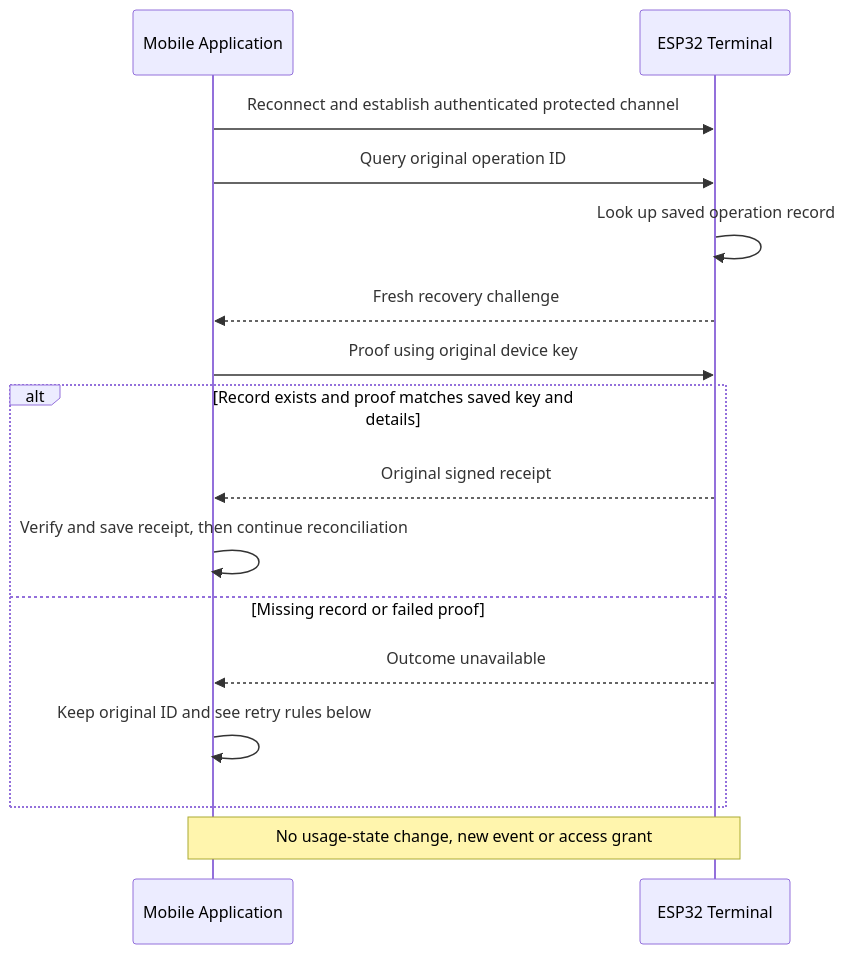
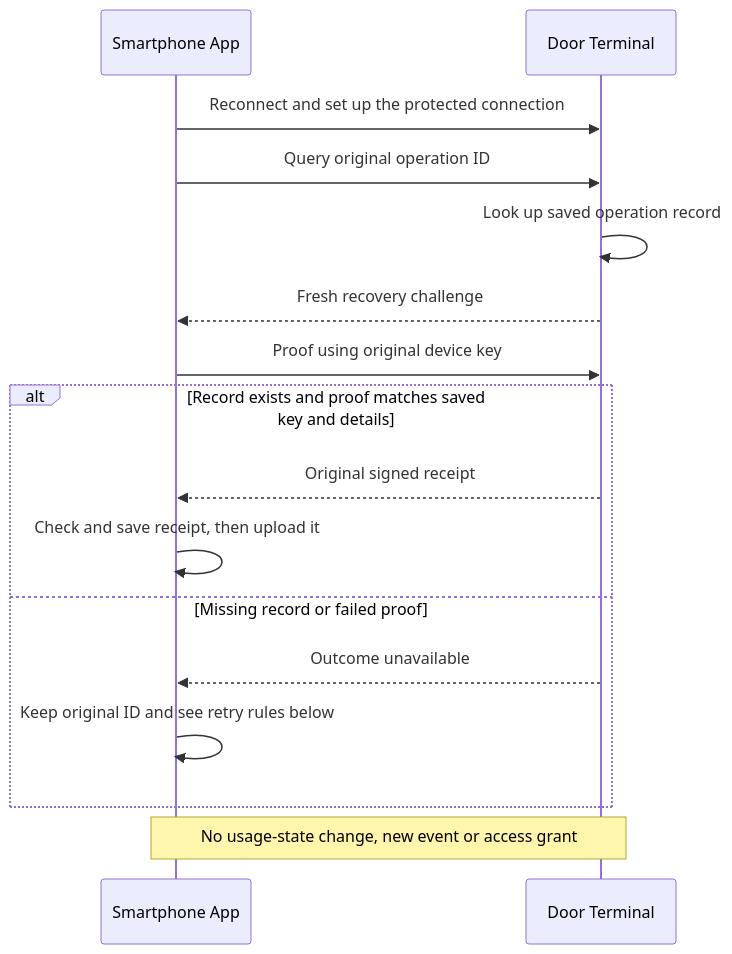
One commit to thomas-sartini/ble-booking-system changed the third of 3 diagrams in docs/ble-communication-flow.md. Above: the diagram before and after it, drawn with Mermaid. The commit also changed other lines of this file, not shown here.

First line of the commit message:
docs(ble): simplify and align communication flow

````diff
--- a/docs/ble-communication-flow.md
+++ b/docs/ble-communication-flow.md
@@ -273,18 +225,18 @@
 ```mermaid
 sequenceDiagram
-    participant App as Mobile Application
-    participant T as ESP32 Terminal
-    App->>T: Reconnect and establish authenticated protected channel
+    participant App as Smartphone App
+    participant T as Door Terminal
+    App->>T: Reconnect and set up the protected connection
     App->>T: Query original operation ID
     T->>T: Look up saved operation record
     T-->>App: Fresh recovery challenge
     App->>T: Proof using original device key
     alt Record exists and proof matches saved key and details
         T-->>App: Original signed receipt
-        App->>App: Verify and save receipt, then continue reconciliation
+        App->>App: Check and save receipt, then upload it
     else Missing record or failed proof
         T-->>App: Outcome unavailable
         App->>App: Keep original ID and see retry rules below
     end
     Note over App,T: No usage-state change, new event or access grant
 ```
````
